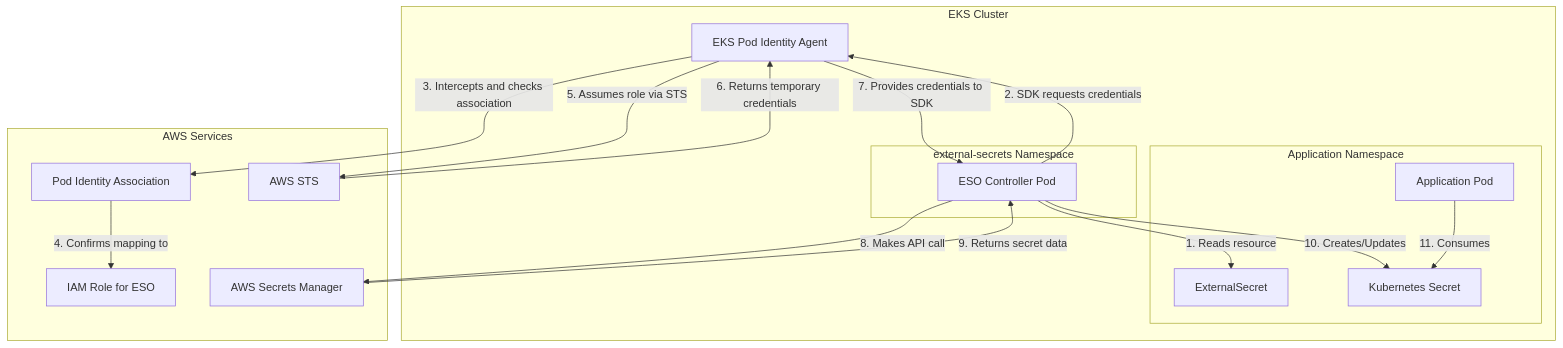
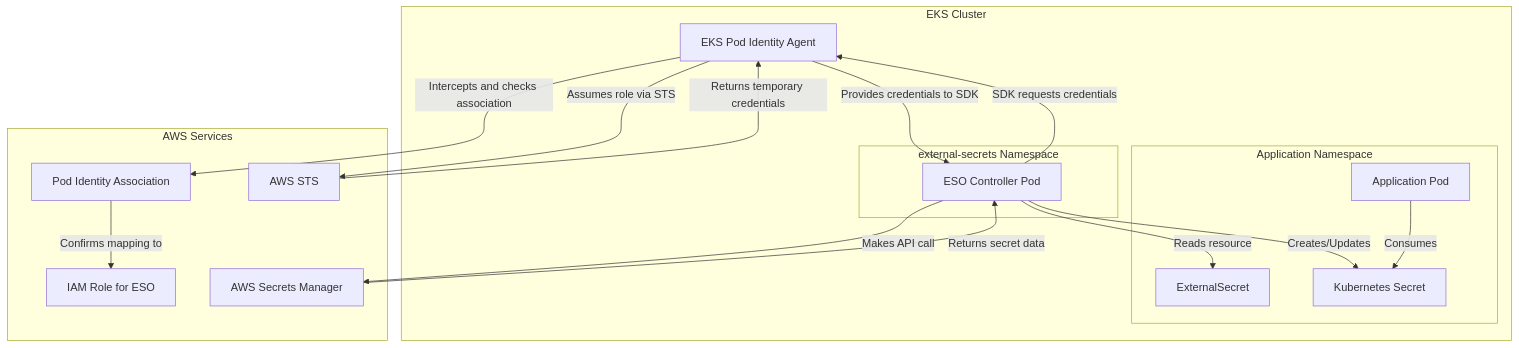
One commit to dharani-sowndharya/architecture-learnings changed the diagram in eso_with_eks_pod_identity.md. Above: the diagram before and after it, drawn with Mermaid.

Commit message:
Edits mermaid

````diff
--- a/eso_with_eks_pod_identity.md
+++ b/eso_with_eks_pod_identity.md
@@ -19,33 +19,33 @@
 ```mermaid
 graph TD
     subgraph EKS["EKS Cluster"]
         PIA[EKS Pod Identity Agent]
         subgraph ESNs["external-secrets Namespace"]
             ESO[ESO Controller Pod]
         end
         subgraph AppNs["Application Namespace"]
             ES[ExternalSecret]
             K8sSecret[Kubernetes Secret]
             AppPod[Application Pod]
         end
     end
     
     subgraph AWS["AWS Services"]
         PIAS[Pod Identity Association]
         IAMRole[IAM Role for ESO]
         STS[AWS STS]
         SecretASM[AWS Secrets Manager]
     end
 
-    ESO -->|1. Reads resource| ES
-    ESO -->|2. SDK requests credentials| PIA
-    PIA -->|3. Intercepts and checks association| PIAS
-    PIAS -->|4. Confirms mapping to| IAMRole
-    PIA -->|5. Assumes role via STS| STS
-    STS -->|6. Returns temporary credentials| PIA
-    PIA -->|7. Provides credentials to SDK| ESO
-    ESO -->|8. Makes API call| SecretASM
-    SecretASM -->|9. Returns secret data| ESO
-    ESO -->|10. Creates/Updates| K8sSecret
-    AppPod -->|11. Consumes| K8sSecret
+    ESO -->|Reads resource| ES
+    ESO -->|SDK requests credentials| PIA
+    PIA -->|Intercepts and checks association| PIAS
+    PIAS -->|Confirms mapping to| IAMRole
+    PIA -->|Assumes role via STS| STS
+    STS -->|Returns temporary credentials| PIA
+    PIA -->|Provides credentials to SDK| ESO
+    ESO -->|Makes API call| SecretASM
+    SecretASM -->|Returns secret data| ESO
+    ESO -->|Creates/Updates| K8sSecret
+    AppPod -->|Consumes| K8sSecret
 ```
````
